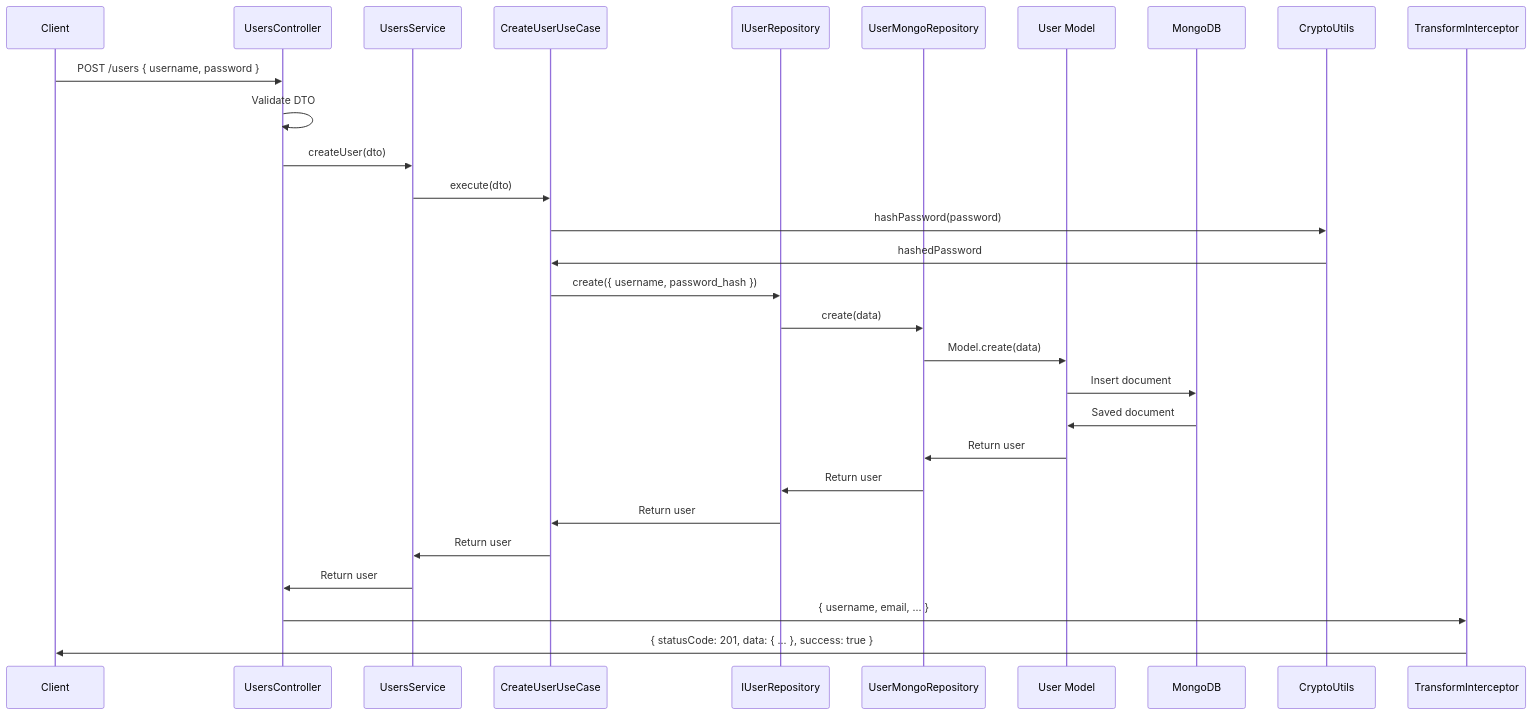
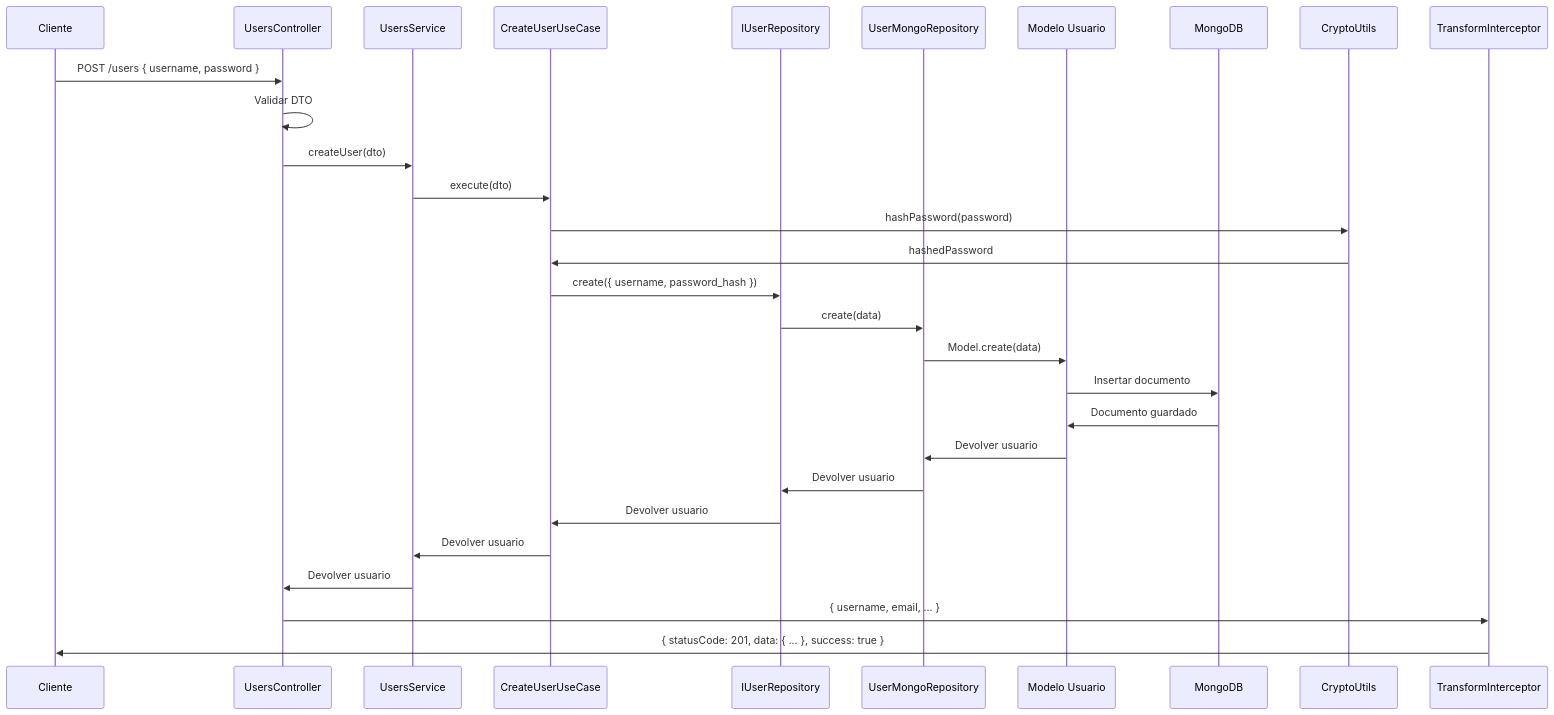
The sixth of 6 diagrams in docs-post-message/docs/backend/architecture/layers.md (Byroncl/laboratory-reviews), drawn with Mermaid before and after one commit. The commit also changed other lines of this file and 17 other files, not shown here.

Commit message:
refactor: implement clean architecture patterns with domains, repositories, use cases, constants, and comprehensive tests

````diff
--- a/docs-post-message/docs/backend/architecture/layers.md
+++ b/docs-post-message/docs/backend/architecture/layers.md
@@ -282,32 +282,32 @@
 ```mermaid
 sequenceDiagram
-    participant Client
+    participant Client as Cliente
     participant Controller as UsersController
     participant Service as UsersService
     participant UseCase as CreateUserUseCase
     participant Repository as IUserRepository
     participant MongoRepository as UserMongoRepository
-    participant Model as User Model
+    participant Model as Modelo Usuario
     participant MongoDB
     participant Crypto as CryptoUtils
     participant Interceptor as TransformInterceptor
     
     Client->>Controller: POST /users { username, password }
-    Controller->>Controller: Validate DTO
+    Controller->>Controller: Validar DTO
     Controller->>Service: createUser(dto)
     Service->>UseCase: execute(dto)
     UseCase->>Crypto: hashPassword(password)
     Crypto->>UseCase: hashedPassword
     UseCase->>Repository: create({ username, password_hash })
     Repository->>MongoRepository: create(data)
     MongoRepository->>Model: Model.create(data)
-    Model->>MongoDB: Insert document
-    MongoDB->>Model: Saved document
-    Model->>MongoRepository: Return user
-    MongoRepository->>Repository: Return user
-    Repository->>UseCase: Return user
-    UseCase->>Service: Return user
-    Service->>Controller: Return user
+    Model->>MongoDB: Insertar documento
+    MongoDB->>Model: Documento guardado
+    Model->>MongoRepository: Devolver usuario
+    MongoRepository->>Repository: Devolver usuario
+    Repository->>UseCase: Devolver usuario
+    UseCase->>Service: Devolver usuario
+    Service->>Controller: Devolver usuario
     Controller->>Interceptor: { username, email, ... }
     Interceptor->>Client: { statusCode: 201, data: { ... }, success: true }
 ```
````
